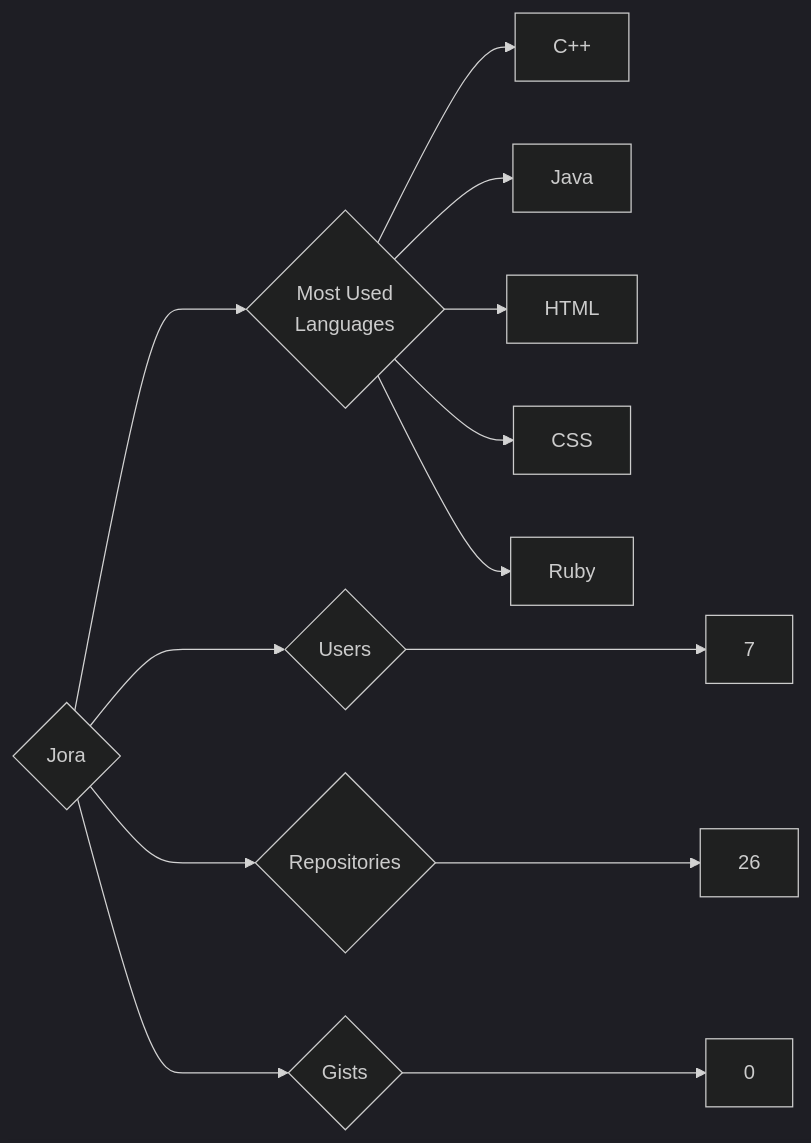
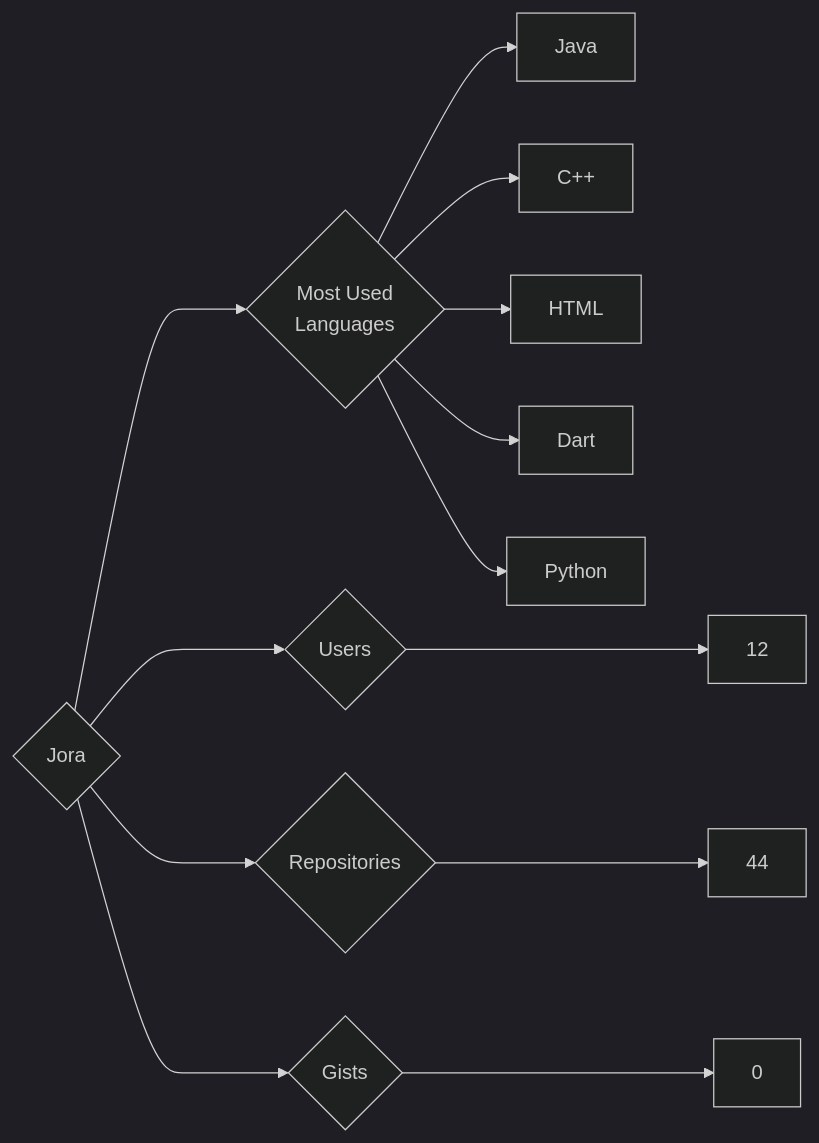
Before and after one commit to trickest/insiders: the diagram in targets/Jora/README.md, drawn with Mermaid (dark theme). The commit also changed 984 other files, not shown here.

````diff
--- a/targets/Jora/README.md
+++ b/targets/Jora/README.md
@@ -3,13 +3,13 @@
 ```mermaid
 graph LR
 COMPANY_NAME{Jora}
-COMPANY_NAME ---> U{Users} ---> UN[7]
-COMPANY_NAME ---> R{Repositories} ---> RN[26]
+COMPANY_NAME ---> U{Users} ---> UN[12]
+COMPANY_NAME ---> R{Repositories} ---> RN[44]
 COMPANY_NAME ---> G{Gists} ---> GN[0]
 COMPANY_NAME ---> ML{Most Used<br>Languages}
-ML --> C++
-ML --> Java
-ML --> HTML
-ML --> CSS
-ML --> Ruby
+ML --> Java[Java]
+ML --> C++[C++]
+ML --> HTML[HTML]
+ML --> Dart[Dart]
+ML --> Python[Python]
 ```
````
